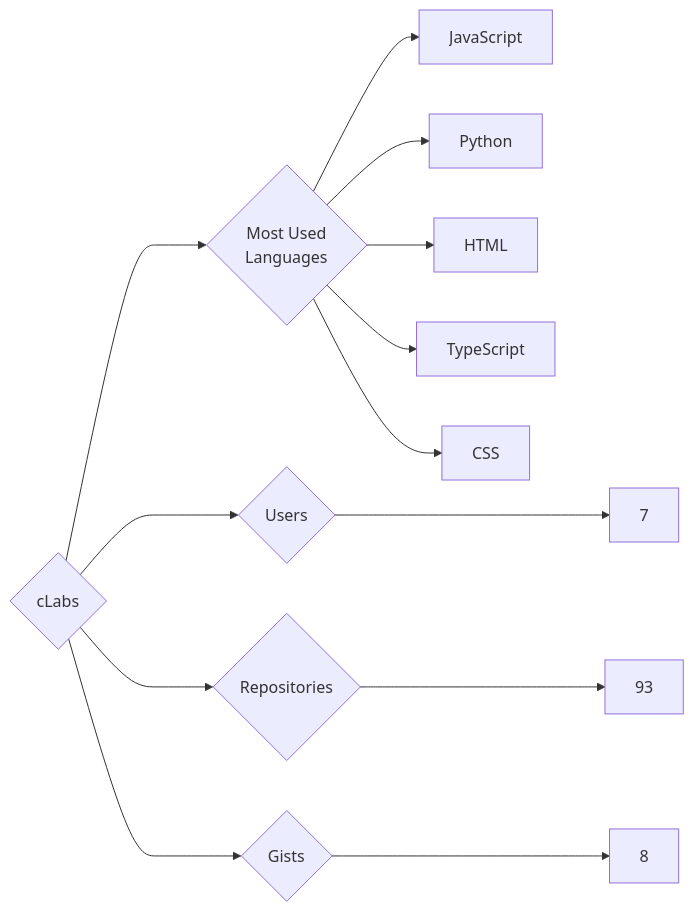
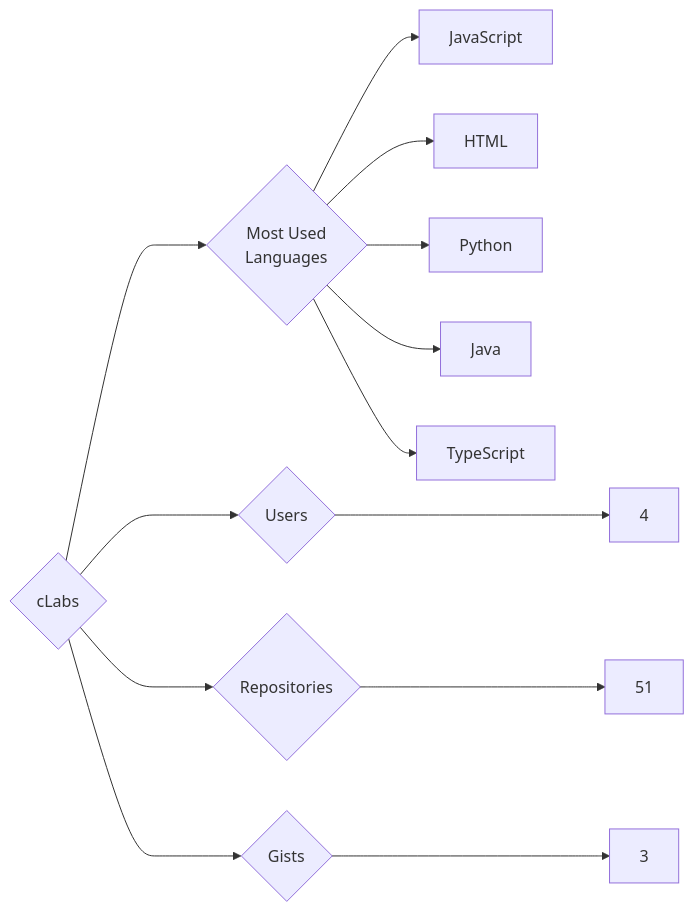
One commit to trickest/insiders changed the diagram in targets/cLabs/README.md. Above: the diagram before and after it, drawn with Mermaid. The commit also changed 998 other files, not shown here.

````diff
--- a/targets/cLabs/README.md
+++ b/targets/cLabs/README.md
@@ -3,13 +3,13 @@
 ```mermaid
 graph LR
 COMPANY_NAME{cLabs}
-COMPANY_NAME ---> U{Users} ---> UN[7]
-COMPANY_NAME ---> R{Repositories} ---> RN[93]
-COMPANY_NAME ---> G{Gists} ---> GN[8]
+COMPANY_NAME ---> U{Users} ---> UN[4]
+COMPANY_NAME ---> R{Repositories} ---> RN[51]
+COMPANY_NAME ---> G{Gists} ---> GN[3]
 COMPANY_NAME ---> ML{Most Used<br>Languages}
 ML --> JavaScript[JavaScript]
+ML --> HTML[HTML]
 ML --> Python[Python]
-ML --> HTML[HTML]
+ML --> Java[Java]
 ML --> TypeScript[TypeScript]
-ML --> CSS[CSS]
 ```
````
